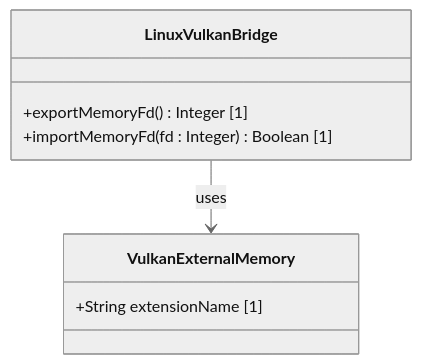
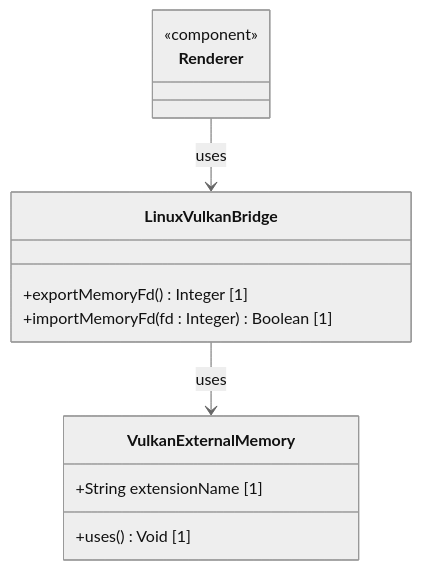
Before and after one commit to gintatkinson/3dgs-phoenix: the diagram in docs/features/feat-49-linux-vulkan-interop.md, drawn with Mermaid (neutral theme). The commit also changed 6 other files, not shown here.

Commit message:
docs: resolve UML compliance violations for features 45-50

````diff
--- a/docs/features/feat-49-linux-vulkan-interop.md
+++ b/docs/features/feat-49-linux-vulkan-interop.md
@@ -19,12 +19,17 @@
 ```mermaid
 classDiagram
+    class Renderer {
+        <<component>>
+    }
     class LinuxVulkanBridge {
         +exportMemoryFd() Integer [1]
         +importMemoryFd(fd : Integer) Boolean [1]
     }
     class VulkanExternalMemory {
         +String extensionName [1]
+        +uses() Void [1]
     }
 
+    Renderer --> LinuxVulkanBridge : uses
     LinuxVulkanBridge --> VulkanExternalMemory : uses
 ```
````
